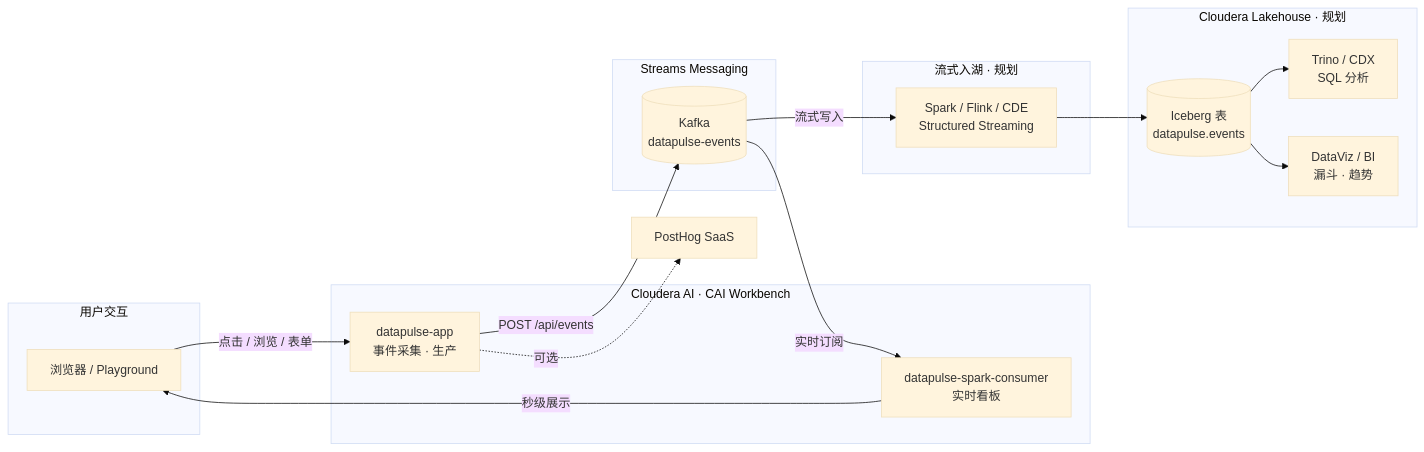
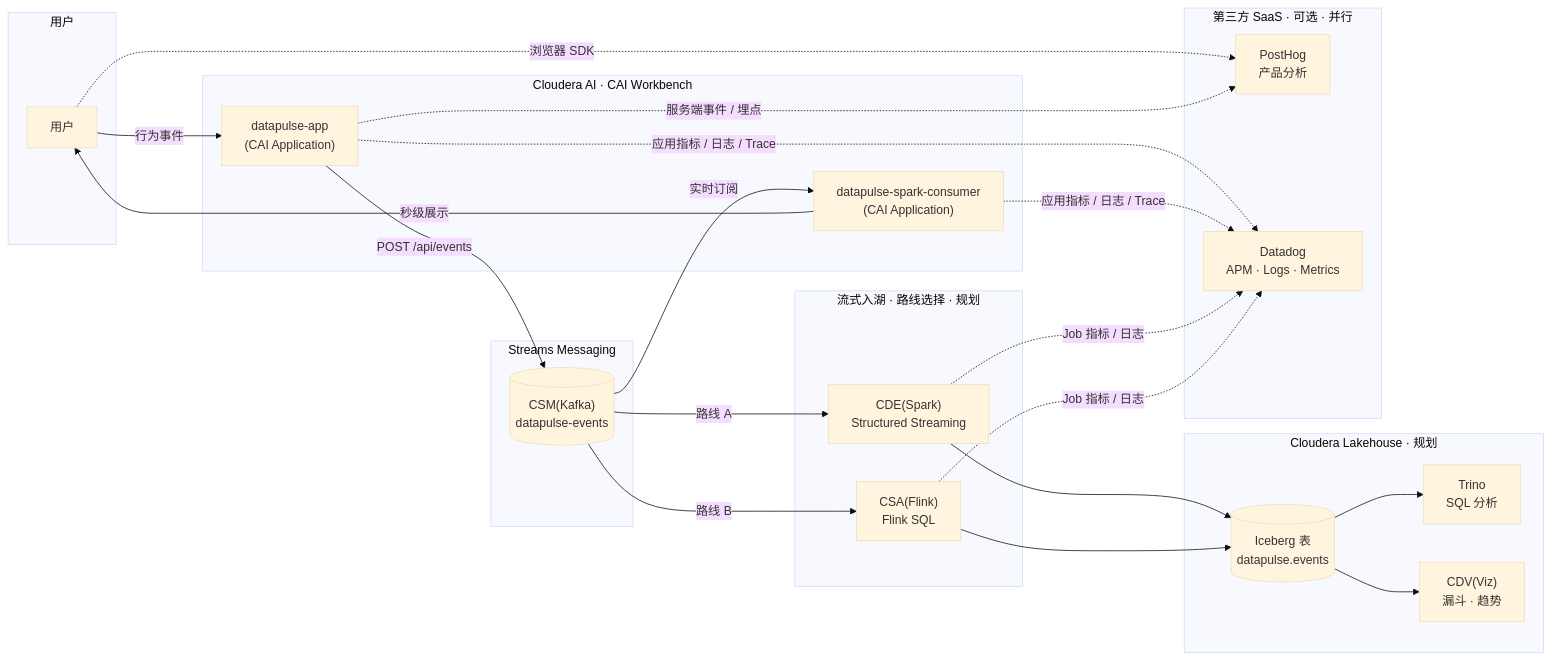
The diagram in README.md (will-sh/datapulse), drawn with Mermaid (base theme) before and after one commit. The commit also changed other lines of this file, not shown here.

Commit message:
docs: refine target architecture diagram and SaaS integration placement

````diff
--- a/README.md
+++ b/README.md
@@ -9,37 +9,50 @@
 ```mermaid
 flowchart LR
-    subgraph User["用户交互"]
-        Browser["浏览器 / Playground"]
+    subgraph UserLayer["用户"]
+        User["用户"]
     end
 
     subgraph CAI["Cloudera AI · CAI Workbench"]
-        Producer["datapulse-app<br/>事件采集 · 生产"]
-        Consumer["datapulse-spark-consumer<br/>实时看板"]
+        Producer["datapulse-app<br/>(CAI Application)"]
+        Consumer["datapulse-spark-consumer<br/>(CAI Application)"]
     end
 
     subgraph CSM["Streams Messaging"]
-        Kafka[("Kafka<br/>datapulse-events")]
+        Kafka[("CSM(Kafka)<br/>datapulse-events")]
     end
 
-    subgraph Stream["流式入湖 · 规划"]
-        Ingest["Spark / Flink / CDE<br/>Structured Streaming"]
+    subgraph Ingest["流式入湖 · 路线选择 · 规划"]
+        CDE["CDE(Spark)<br/>Structured Streaming"]
+        CSA["CSA(Flink)<br/>Flink SQL"]
     end
 
     subgraph Lakehouse["Cloudera Lakehouse · 规划"]
         Table[("Iceberg 表<br/>datapulse.events")]
-        SQL["Trino / CDX<br/>SQL 分析"]
-        Viz["DataViz / BI<br/>漏斗 · 趋势"]
+        Trino["Trino<br/>SQL 分析"]
+        CDV["CDV(Viz)<br/>漏斗 · 趋势"]
     end
 
-    Browser -->|"点击 / 浏览 / 表单"| Producer
+    subgraph SaaS["第三方 SaaS · 可选 · 并行"]
+        PostHog["PostHog<br/>产品分析"]
+        Datadog["Datadog<br/>APM · Logs · Metrics"]
+    end
+
+    User -->|"行为事件"| Producer
     Producer -->|"POST /api/events"| Kafka
     Kafka -->|"实时订阅"| Consumer
-    Consumer -->|"秒级展示"| Browser
+    Consumer -->|"秒级展示"| User
 
-    Kafka -->|"流式写入"| Ingest
-    Ingest --> Table
-    Table --> SQL
-    Table --> Viz
+    Kafka -->|"路线 A"| CDE
+    Kafka -->|"路线 B"| CSA
+    CDE --> Table
+    CSA --> Table
+    Table --> Trino
+    Table --> CDV
 
-    Producer -.->|"可选"| PostHog["PostHog SaaS"]
+    User -.->|"浏览器 SDK"| PostHog
+    Producer -.->|"服务端事件 / 埋点"| PostHog
+    Producer -.->|"应用指标 / 日志 / Trace"| Datadog
+    Consumer -.->|"应用指标 / 日志 / Trace"| Datadog
+    CDE -.->|"Job 指标 / 日志"| Datadog
+    CSA -.->|"Job 指标 / 日志"| Datadog
 ```
````
